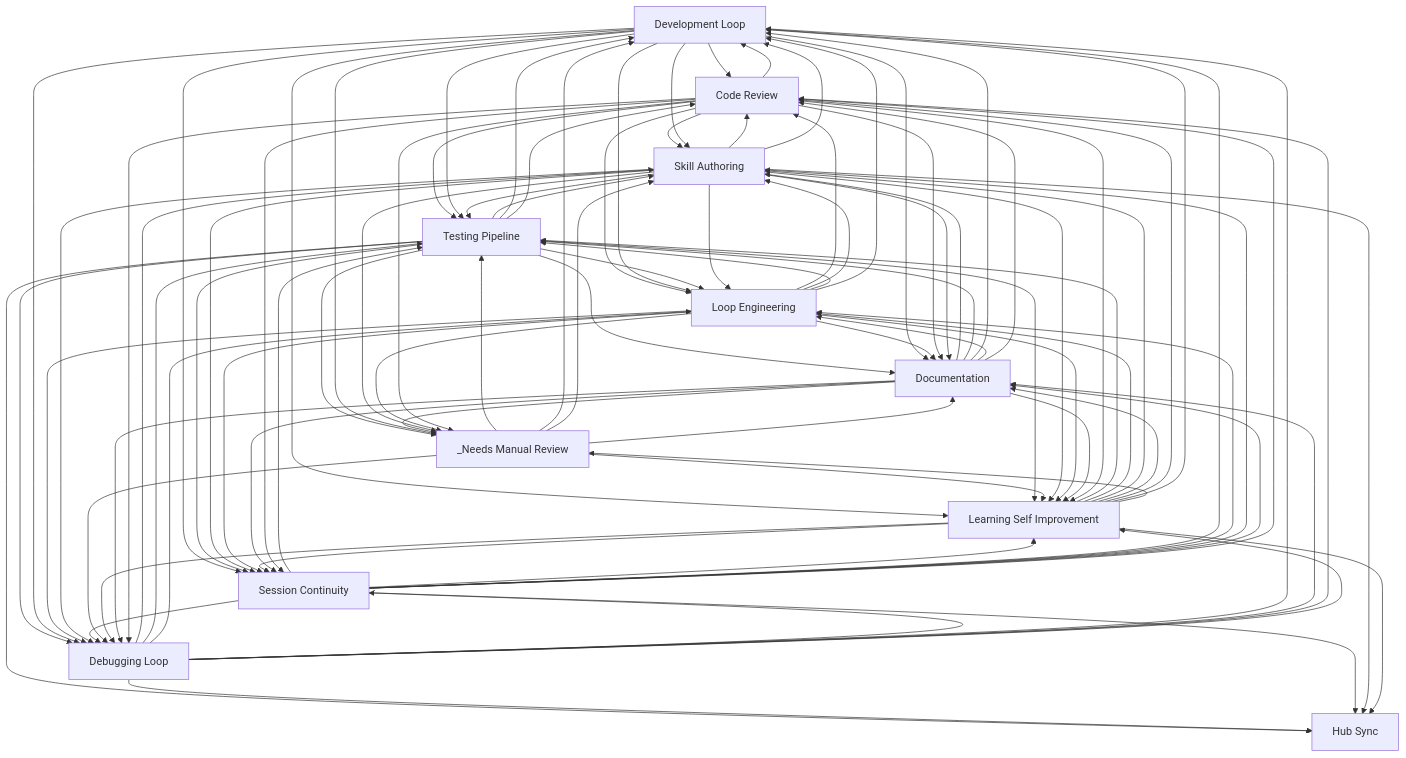
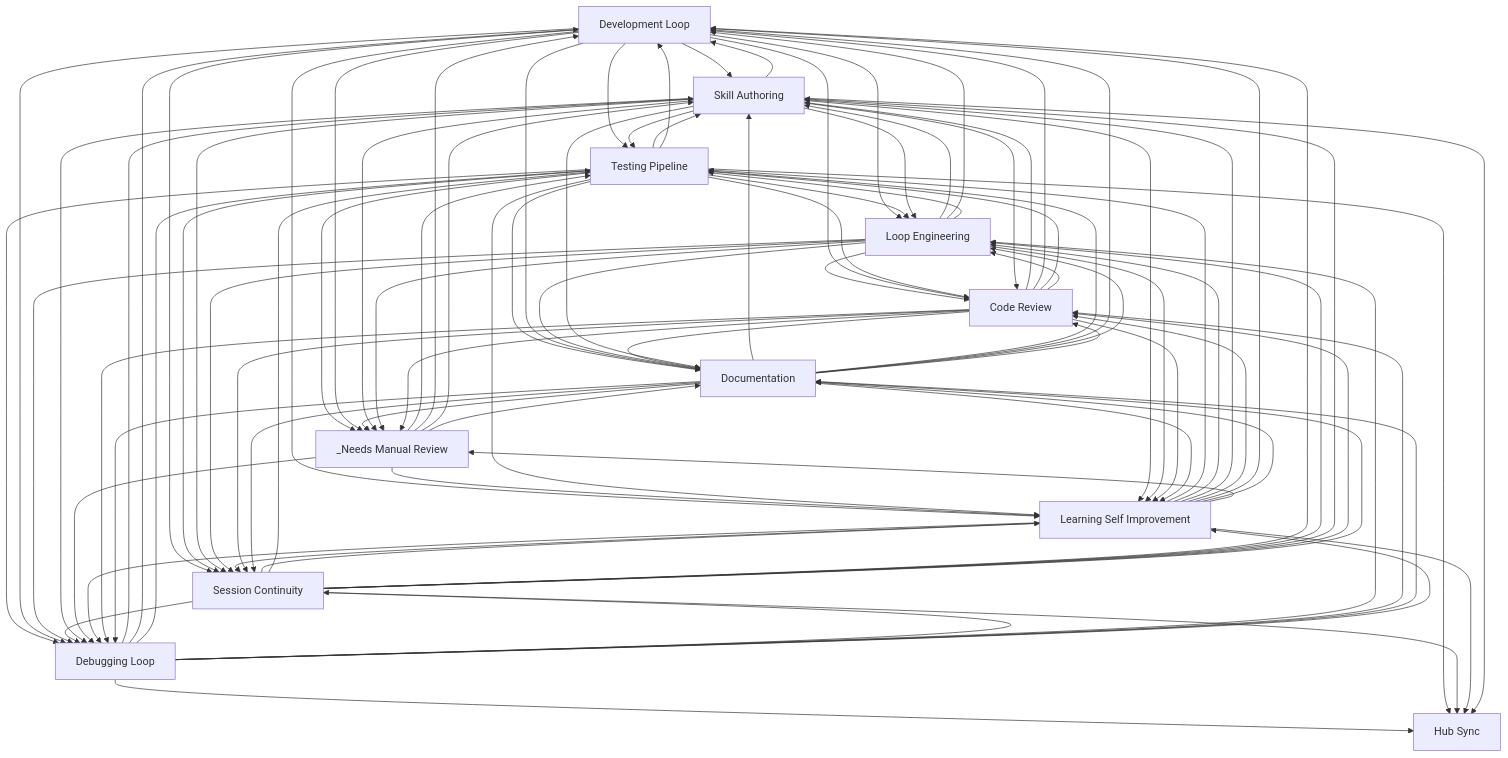
Before and after one commit to abhayla/claude-best-practices: the diagram in docs/workflows/INDEX.md, drawn with Mermaid. The commit also changed other lines of this file and 13 other files, not shown here.

````diff
--- a/docs/workflows/INDEX.md
+++ b/docs/workflows/INDEX.md
@@ -33,36 +33,36 @@
     documentation[Documentation]
     hub_sync[Hub Sync]
     _needs_manual_review[_Needs Manual Review]
+    loop_engineering --> skill_authoring
+    loop_engineering --> code_review
+    loop_engineering --> development_loop
+    loop_engineering --> testing_pipeline
     code_review --> skill_authoring
+    code_review --> development_loop
     code_review --> testing_pipeline
     code_review --> loop_engineering
-    code_review --> development_loop
-    loop_engineering --> code_review
-    loop_engineering --> skill_authoring
-    loop_engineering --> testing_pipeline
-    loop_engineering --> development_loop
+    development_loop --> skill_authoring
     development_loop --> code_review
-    development_loop --> skill_authoring
     development_loop --> testing_pipeline
     development_loop --> loop_engineering
     skill_authoring --> testing_pipeline
     testing_pipeline --> skill_authoring
-    testing_pipeline --> development_loop
     _needs_manual_review --> testing_pipeline
     _needs_manual_review --> development_loop
+    testing_pipeline --> development_loop
     testing_pipeline --> loop_engineering
     testing_pipeline --> debugging_loop
+    testing_pipeline --> code_review
     testing_pipeline --> documentation
-    testing_pipeline --> code_review
     debugging_loop --> skill_authoring
+    debugging_loop --> development_loop
     debugging_loop --> testing_pipeline
     debugging_loop --> loop_engineering
-    debugging_loop --> development_loop
     development_loop --> debugging_loop
     development_loop --> documentation
     loop_engineering --> documentation
+    skill_authoring --> loop_engineering
     skill_authoring --> code_review
-    skill_authoring --> loop_engineering
     skill_authoring --> development_loop
     documentation --> skill_authoring
     documentation --> testing_pipeline
@@ -70,25 +70,25 @@
     testing_pipeline --> _needs_manual_review
     development_loop --> _needs_manual_review
     code_review --> documentation
+    session_continuity --> learning_self_improvement
     session_continuity --> testing_pipeline
-    session_continuity --> learning_self_improvement
+    development_loop --> session_continuity
     development_loop --> learning_self_improvement
-    development_loop --> session_continuity
+    _needs_manual_review --> learning_self_improvement
     testing_pipeline --> learning_self_improvement
-    _needs_manual_review --> learning_self_improvement
     loop_engineering --> debugging_loop
+    debugging_loop --> session_continuity
+    debugging_loop --> hub_sync
+    testing_pipeline --> session_continuity
     testing_pipeline --> hub_sync
-    testing_pipeline --> session_continuity
-    debugging_loop --> hub_sync
-    debugging_loop --> session_continuity
+    debugging_loop --> code_review
     debugging_loop --> documentation
-    debugging_loop --> code_review
+    session_continuity --> development_loop
     skill_authoring --> session_continuity
-    session_continuity --> development_loop
     skill_authoring --> learning_self_improvement
-    skill_authoring --> debugging_loop
     session_continuity --> loop_engineering
     session_continuity --> debugging_loop
+    skill_authoring --> debugging_loop
     loop_engineering --> session_continuity
     _needs_manual_review --> debugging_loop
     debugging_loop --> learning_self_improvement
@@ -101,26 +101,26 @@
     learning_self_improvement --> loop_engineering
     learning_self_improvement --> debugging_loop
     learning_self_improvement --> skill_authoring
-    learning_self_improvement --> documentation
     learning_self_improvement --> code_review
     learning_self_improvement --> development_loop
+    learning_self_improvement --> documentation
     skill_authoring --> _needs_manual_review
     session_continuity --> skill_authoring
     session_continuity --> hub_sync
+    session_continuity --> code_review
     session_continuity --> documentation
-    session_continuity --> code_review
     learning_self_improvement --> _needs_manual_review
+    learning_self_improvement --> hub_sync
     skill_authoring --> hub_sync
-    learning_self_improvement --> hub_sync
     loop_engineering --> learning_self_improvement
     loop_engineering --> _needs_manual_review
+    code_review --> debugging_loop
     documentation --> loop_engineering
     documentation --> debugging_loop
-    code_review --> debugging_loop
     documentation --> code_review
+    code_review --> session_continuity
+    code_review --> learning_self_improvement
+    documentation --> session_continuity
     documentation --> learning_self_improvement
-    documentation --> session_continuity
-    code_review --> learning_self_improvement
-    code_review --> session_continuity
     code_review --> _needs_manual_review
 ```
````
